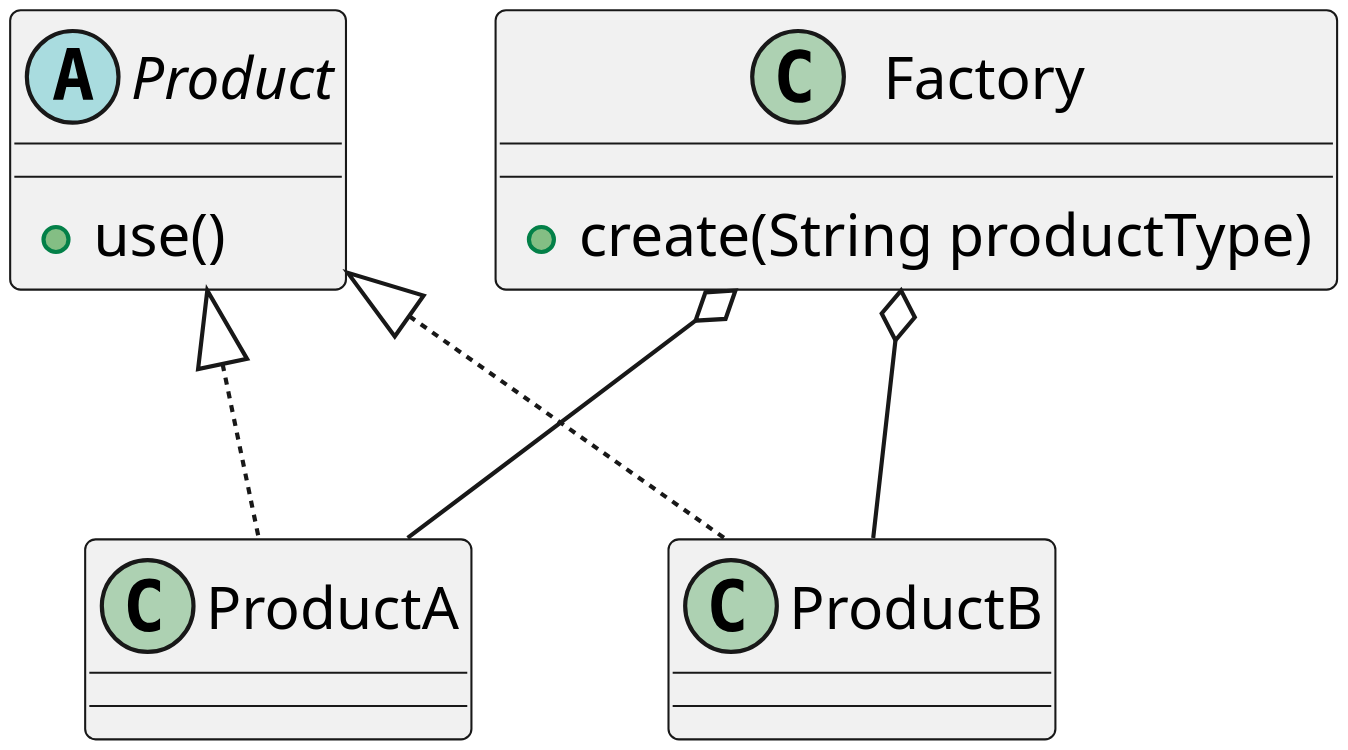
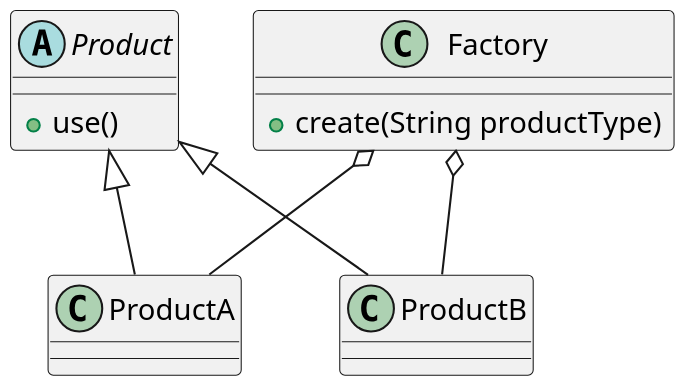
Before and after one commit to ki827/note: the diagram in DesignParttern/Factory.org, drawn with PlantUML. The commit also changed other lines of this file and 8 other files, not shown here.

```diff
--- a/DesignParttern/Factory.org
+++ b/DesignParttern/Factory.org
@@ -6,11 +8,11 @@
 #+begin_src plantuml :file imgs/simple_factory.png
-  skinparam dpi 400
+  skinparam dpi 200
   abstract Product
   Product : +use()
   Factory : +create(String productType)
-  Product <|.. ProductA
-  Product <|.. ProductB
+  Product <|-- ProductA
+  Product <|-- ProductB
   Factory o-- ProductA
   Factory o-- ProductB
 
 #+end_src
```
